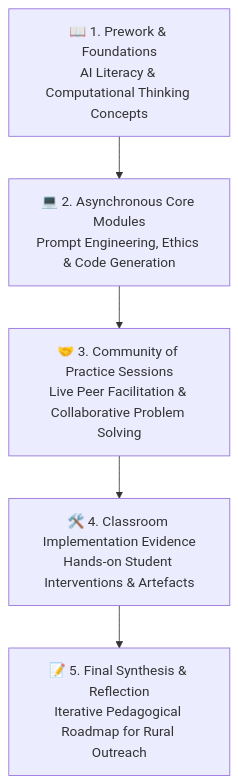
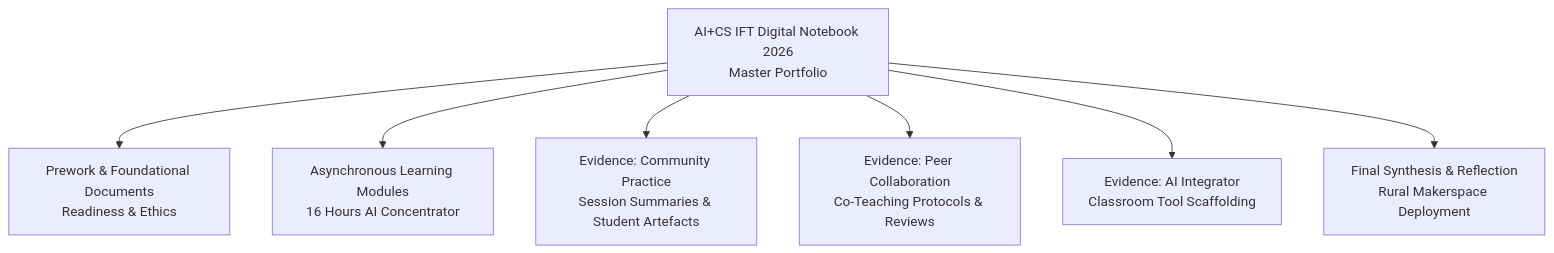
Before and after one commit to dhamodharankkp-oss/dhamodharan-kkp: the diagram in projects/toy-designs-and-products/codeai-ift.md, drawn with Mermaid. The commit also changed other lines of this file and 4 other files, not shown here.

Commit message:
Add Certified CodeAI Facilitator (IFT26-029) and Vivo Ignite 2026 Mentorship certificates and Drive portfolio documents

````diff
--- a/projects/toy-designs-and-products/codeai-ift.md
+++ b/projects/toy-designs-and-products/codeai-ift.md
@@ -18,7 +42,9 @@
 ```mermaid
 flowchart TD
-    M1["📖 1. Prework & Foundations<br>AI Literacy & Computational Thinking Concepts"] --> M2["💻 2. Asynchronous Core Modules<br>Prompt Engineering, Ethics & Code Generation"]
-    M2 --> M3["🤝 3. Community of Practice Sessions<br>Live Peer Facilitation & Collaborative Problem Solving"]
-    M3 --> M4["🛠️ 4. Classroom Implementation Evidence<br>Hands-on Student Interventions & Artefacts"]
-    M4 --> M5["📝 5. Final Synthesis & Reflection<br>Iterative Pedagogical Roadmap for Rural Outreach"]
+    A["AI+CS IFT Digital Notebook 2026<br>Master Portfolio"] --> B1["Prework & Foundational Documents<br>Readiness & Ethics"]
+    A --> B2["Asynchronous Learning Modules<br>16 Hours AI Concentrator"]
+    A --> B3["Evidence: Community Practice<br>Session Summaries & Student Artefacts"]
+    A --> B4["Evidence: Peer Collaboration<br>Co-Teaching Protocols & Reviews"]
+    A --> B5["Evidence: AI Integrator<br>Classroom Tool Scaffolding"]
+    A --> B6["Final Synthesis & Reflection<br>Rural Makerspace Deployment"]
 ```
````
